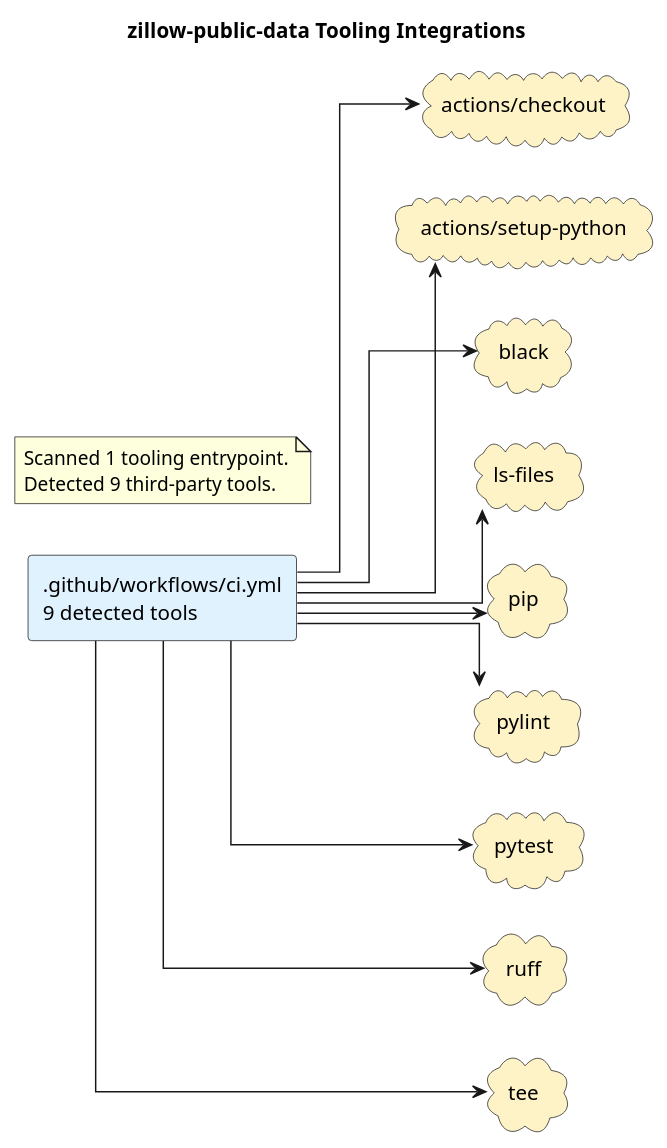
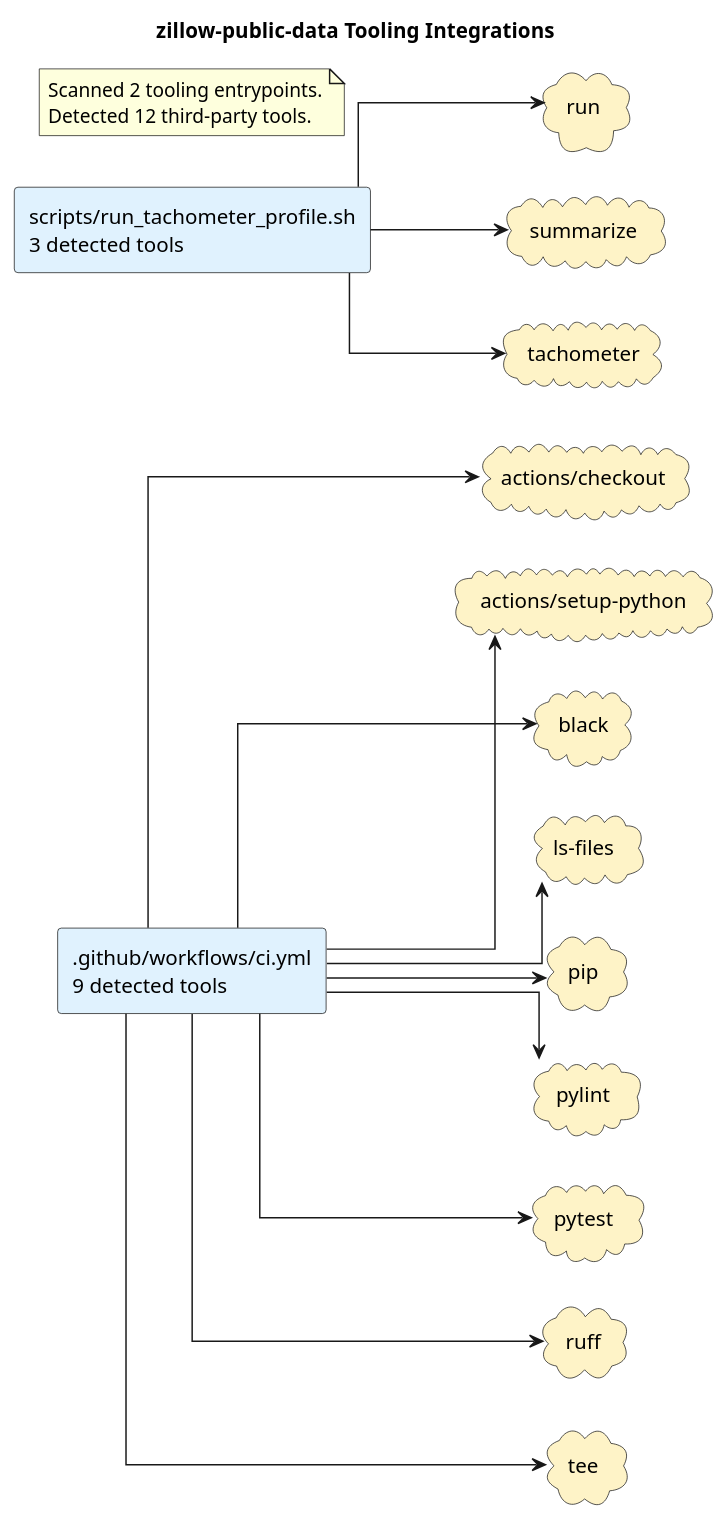
One commit to casonk/zillow-public-data changed the diagram in docs/diagrams/tooling-integrations.puml. Above: the diagram before and after it, drawn with PlantUML. The commit also changed 4 other files, not shown here.

Commit message:
docs: refresh diagrams

```diff
--- a/docs/diagrams/tooling-integrations.puml
+++ b/docs/diagrams/tooling-integrations.puml
@@ -1,31 +1,38 @@
 @startuml
 title zillow-public-data Tooling Integrations
 left to right direction
 skinparam shadowing false
 skinparam defaultFontName Monospace
 skinparam componentStyle rectangle
 skinparam linetype ortho
 rectangle ".github/workflows/ci.yml\n9 detected tools" as source_github_workflows_ci_yml #E0F2FE
+rectangle "scripts/run_tachometer_profile.sh\n3 detected tools" as source_scripts_run_tachometer_profile_sh #E0F2FE
 cloud "actions/checkout" as tool_actions_checkout #FEF3C7
 cloud "actions/setup-python" as tool_actions_setup_python #FEF3C7
 cloud "black" as tool_black #FEF3C7
 cloud "ls-files" as tool_ls_files #FEF3C7
 cloud "pip" as tool_pip #FEF3C7
 cloud "pylint" as tool_pylint #FEF3C7
 cloud "pytest" as tool_pytest #FEF3C7
 cloud "ruff" as tool_ruff #FEF3C7
+cloud "run" as tool_run #FEF3C7
+cloud "summarize" as tool_summarize #FEF3C7
+cloud "tachometer" as tool_tachometer #FEF3C7
 cloud "tee" as tool_tee #FEF3C7
 source_github_workflows_ci_yml --> tool_actions_checkout
 source_github_workflows_ci_yml --> tool_actions_setup_python
 source_github_workflows_ci_yml --> tool_black
 source_github_workflows_ci_yml --> tool_ls_files
 source_github_workflows_ci_yml --> tool_pip
 source_github_workflows_ci_yml --> tool_pylint
 source_github_workflows_ci_yml --> tool_pytest
 source_github_workflows_ci_yml --> tool_ruff
 source_github_workflows_ci_yml --> tool_tee
+source_scripts_run_tachometer_profile_sh --> tool_run
+source_scripts_run_tachometer_profile_sh --> tool_summarize
+source_scripts_run_tachometer_profile_sh --> tool_tachometer
 note as toolingGraphSummary
-Scanned 1 tooling entrypoint.
-Detected 9 third-party tools.
+Scanned 2 tooling entrypoints.
+Detected 12 third-party tools.
 end note
 @enduml
```
